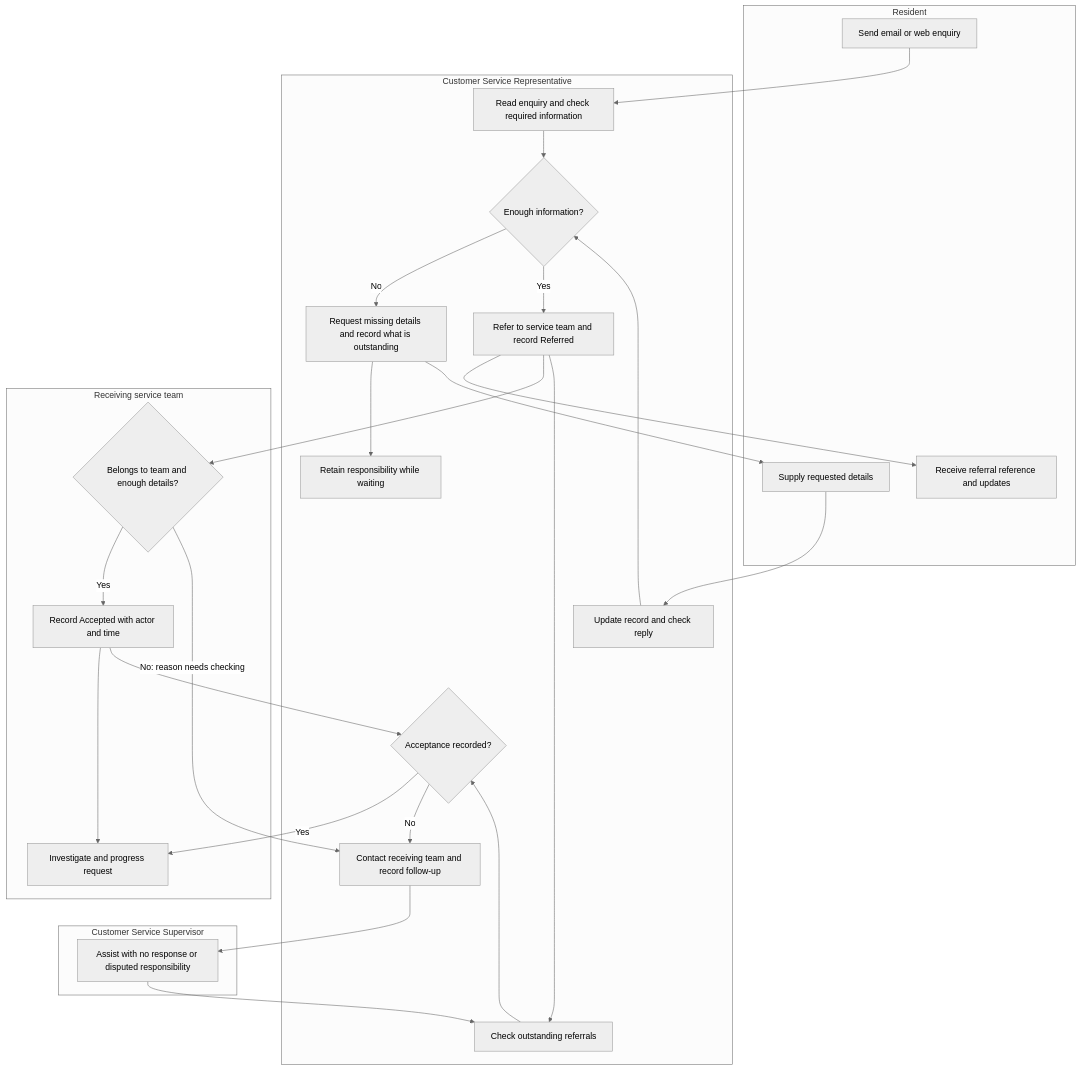
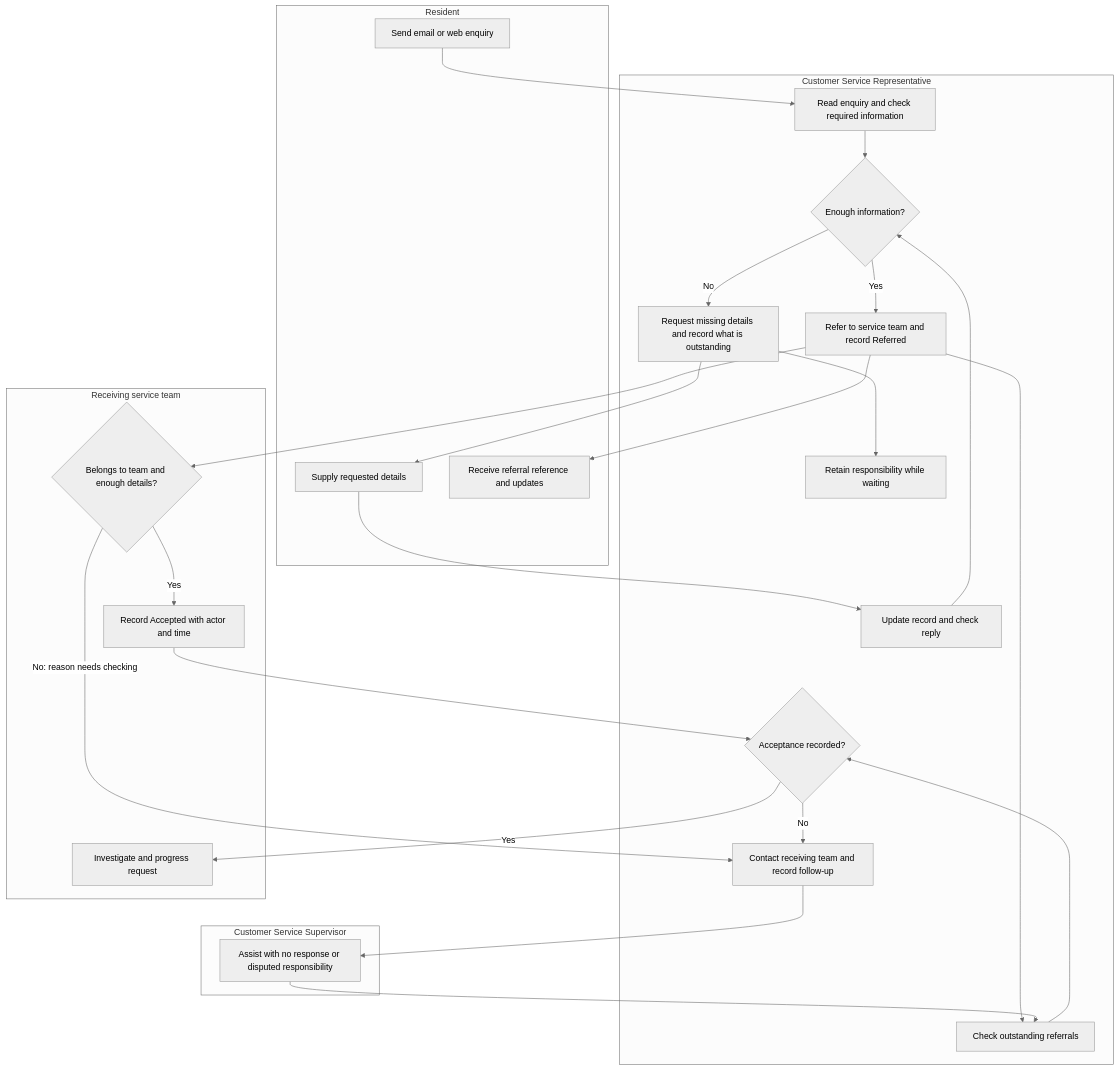
Before and after one commit to kkrishnan937/ai-enquiry-routing-assessment: the first of 3 diagrams in docs/03-current-state/process-maps.md, drawn with Mermaid (neutral theme). The commit also changed other lines of this file and 6 other files, not shown here.

````diff
--- a/docs/03-current-state/process-maps.md
+++ b/docs/03-current-state/process-maps.md
@@ -9,39 +9,39 @@
 ```mermaid
 flowchart TD
     subgraph Resident[Resident]
         A[Send email or web enquiry]
         D[Supply requested details]
         N[Receive referral reference and updates]
     end
     subgraph CS[Customer Service Representative]
         B[Read enquiry and check required information]
         C{Enough information?}
         E[Request missing details and record what is outstanding]
         F[Retain responsibility while waiting]
         G[Update record and check reply]
         H[Refer to service team and record Referred]
         I[Check outstanding referrals]
         J{Acceptance recorded?}
         K[Contact receiving team and record follow-up]
     end
     subgraph Team[Receiving service team]
         L{Belongs to team and enough details?}
         M[Record Accepted with actor and time]
         O[Investigate and progress request]
     end
     subgraph Supervisor[Customer Service Supervisor]
         P[Assist with no response or disputed responsibility]
     end
     A --> B --> C
     C -->|No| E --> F
     E --> D --> G --> C
     C -->|Yes| H
     H --> N
     H --> L
     H --> I --> J
-    L -->|Yes| M --> O
+    L -->|Yes| M
     M --> J
     J -->|Yes| O
     J -->|No| K --> P --> I
     L -->|No: reason needs checking| K
 ```
````
